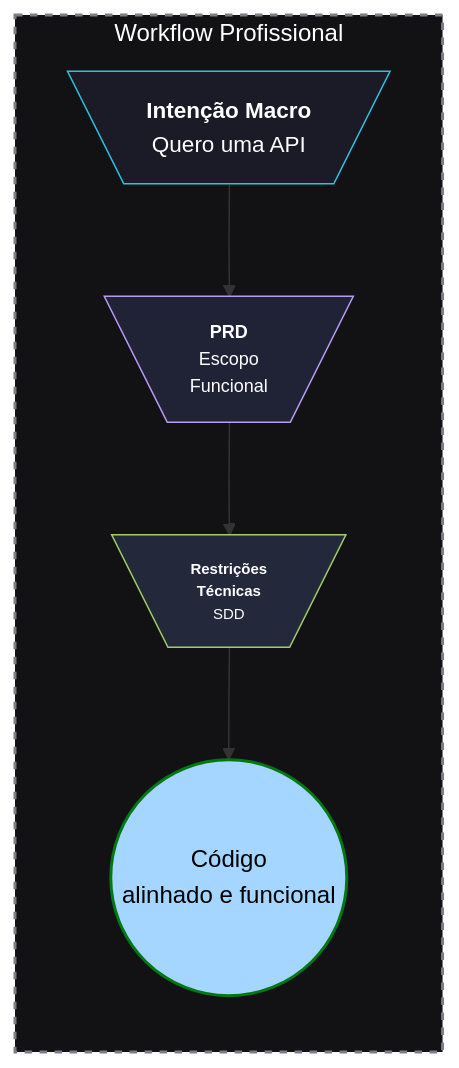
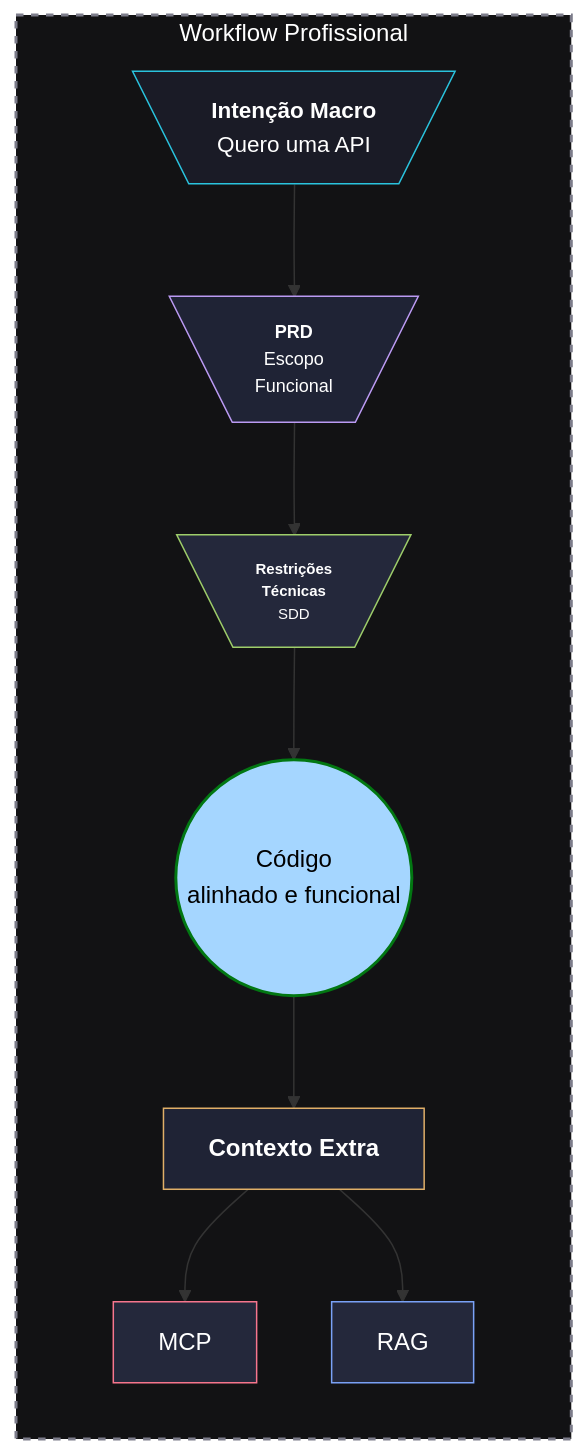
The tenth of 10 diagrams in inteligencia_artificial/diario_curso.md (BManduca/rocketseat), drawn with Mermaid before and after one commit. The commit also changed other lines of this file and 15 other files, not shown here.

````diff
--- a/inteligencia_artificial/diario_curso.md
+++ b/inteligencia_artificial/diario_curso.md
@@ -592,22 +592,31 @@
   ```mermaid
   flowchart TD
       subgraph WorkflowProfissional["Workflow Profissional"]
         direction TB
         IM[\"<b>Intenção Macro</b><br>Quero uma API"/]
         PRD[\"<b>PRD</b><br>Escopo<br>Funcional"/]
         RT[\"<b>Restrições<br>Técnicas</b><br>SDD"/]
         CAF(("Código<br>alinhado e funcional"))
+        CE["<b>Contexto Extra</b>"]
+        MCP["MCP"]
+        RAG["RAG"]
 
         %% Fluxo de cima para baixo
         IM --> PRD
         PRD --> RT
         RT --> CAF
+        CAF --> CE
+        CE --> MCP
+        CE --> RAG
       end
 
       %% Estilização para simular o afunilamento e combinar com o tema escuro (Tokyonight)
       style WorkflowProfissional fill:#121214,stroke:#7c7c8a,stroke-width:2px,stroke-dasharray: 5 5,color:#fff
       style IM fill:#1a1b26,stroke:#2ac3de,stroke-width:1px,color:#fff,font-size:15px
       style PRD fill:#1f2335,stroke:#bb9af3,stroke-width:1px,color:#fff,font-size:12px
       style RT fill:#24283b,stroke:#9ece6a,stroke-width:1px,color:#fff,font-size:10px
-      style CAF fill: #a5d6ff,stroke:#027712, stroke-width:2px,color:#000
+      style CAF fill:#a5d6ff,stroke:#027712,stroke-width:2px,color:#000
+      style CE fill:#1f2335,stroke:#e0af68,stroke-width:1px,color:#fff
+      style MCP fill:#24283b,stroke:#f7768e,stroke-width:1px,color:#fff
+      style RAG fill:#24283b,stroke:#7aa2f7,stroke-width:1px,color:#fff
   ```
````
